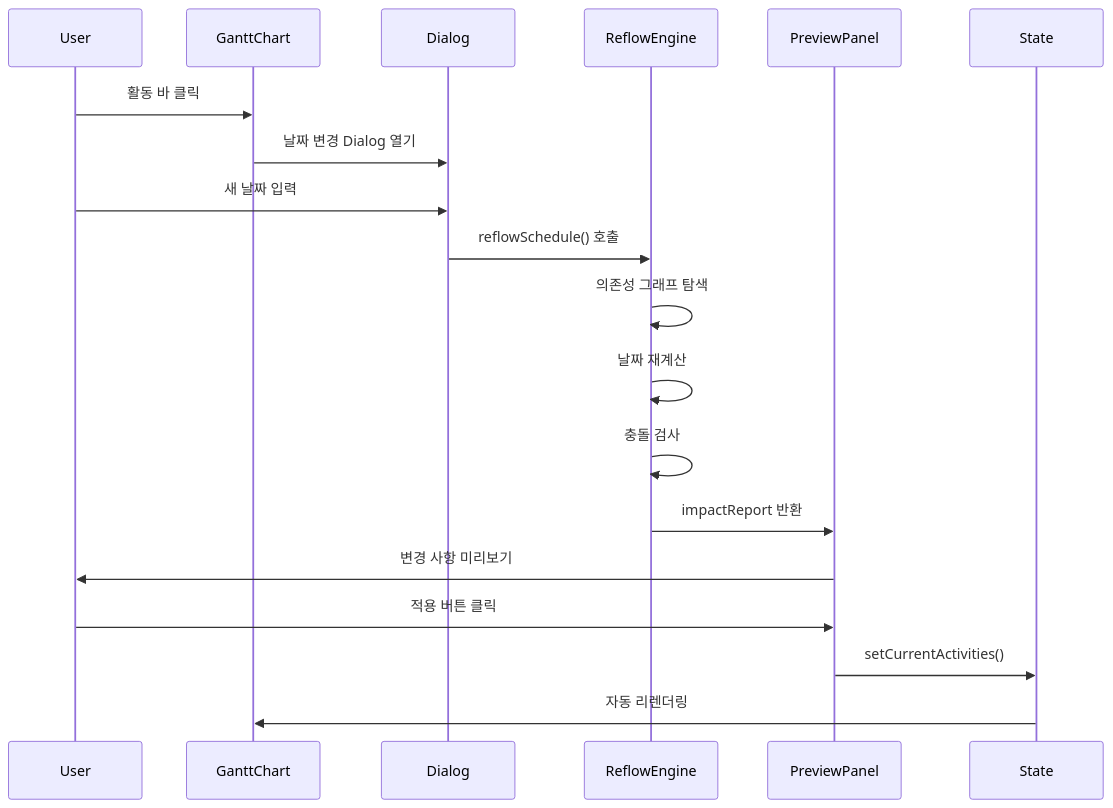
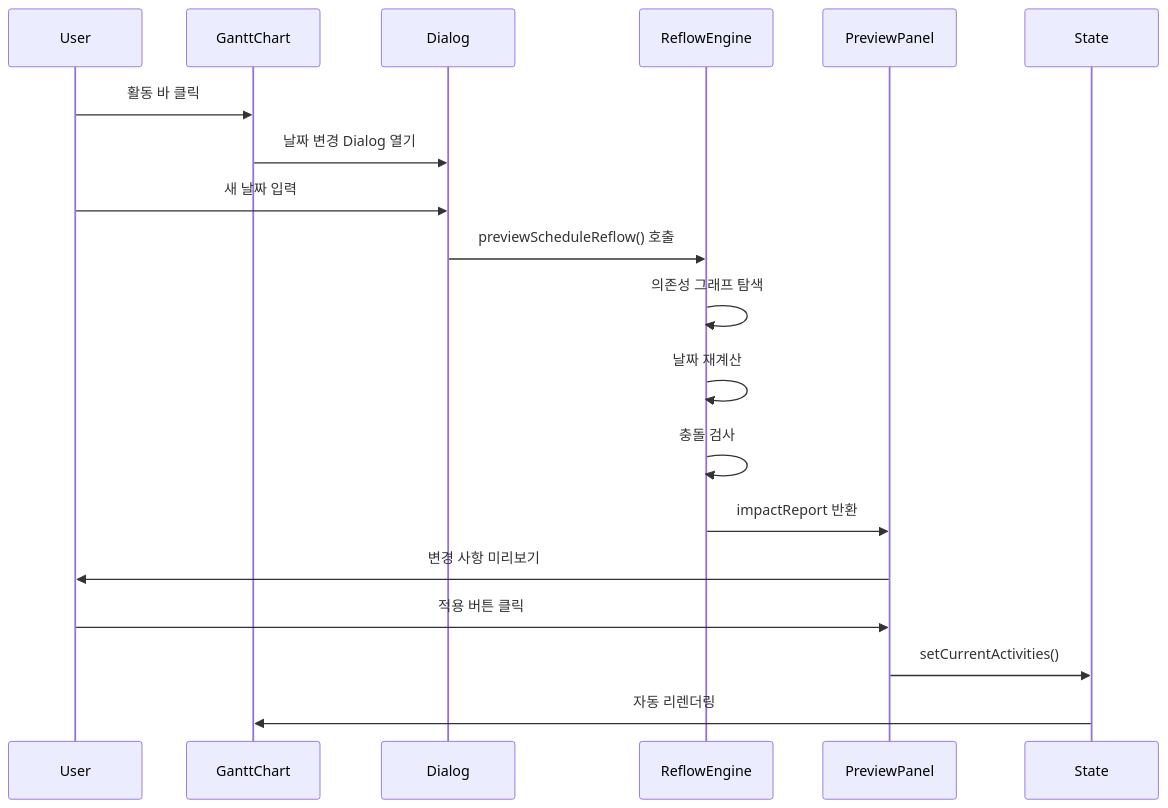
One commit to macho715/tr_dash changed the fourth of 7 diagrams in docs/SYSTEM_ARCHITECTURE.md. Above: the diagram before and after it, drawn with Mermaid. The commit also changed other lines of this file and 25 other files, not shown here.

First line of the commit message:
docs(ARCH): AI flowchart, Mermaid fixes, LAYOUT/SYSTEM_ARCHITECTURE verification

````diff
--- a/docs/SYSTEM_ARCHITECTURE.md
+++ b/docs/SYSTEM_ARCHITECTURE.md
@@ -248,22 +255,22 @@
 ```mermaid
 sequenceDiagram
     participant User
     participant GanttChart
     participant Dialog
     participant ReflowEngine
     participant PreviewPanel
     participant State
 
     User->>GanttChart: 활동 바 클릭
     GanttChart->>Dialog: 날짜 변경 Dialog 열기
     User->>Dialog: 새 날짜 입력
-    Dialog->>ReflowEngine: reflowSchedule() 호출
+    Dialog->>ReflowEngine: previewScheduleReflow() 호출
     ReflowEngine->>ReflowEngine: 의존성 그래프 탐색
     ReflowEngine->>ReflowEngine: 날짜 재계산
     ReflowEngine->>ReflowEngine: 충돌 검사
     ReflowEngine->>PreviewPanel: impactReport 반환
     PreviewPanel->>User: 변경 사항 미리보기
     User->>PreviewPanel: 적용 버튼 클릭
     PreviewPanel->>State: setCurrentActivities()
     State->>GanttChart: 자동 리렌더링
 ```
````
